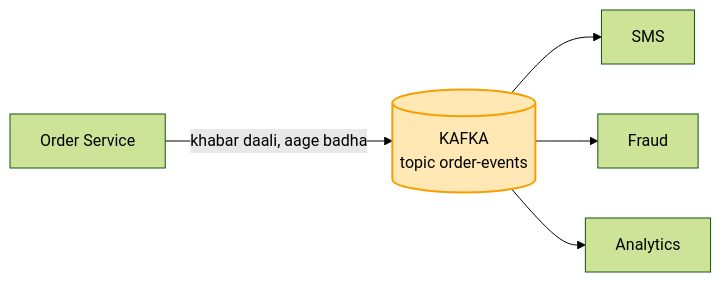
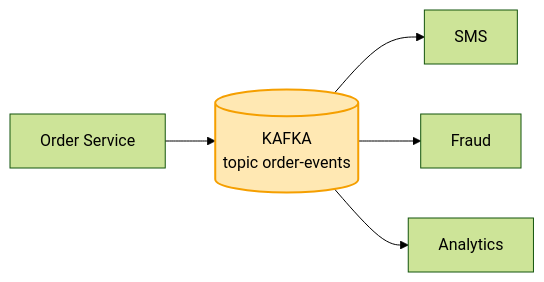
The second of 8 diagrams in 04_HLD/SYSTEM_DESIGNS/12_message_queue_kafka/KAFKA_HAND_NOTES.md (ArpanMaheshwari144/Prep), drawn with Mermaid (forest theme) before and after one commit. The commit also changed other lines of this file and 1 other file, not shown here.

Commit message:
HLD kafka: notes dobara (chhoti kahani lines) + 3 cross-Q dono file me (lag 7 din, min.insync pe order, SMS company band = breaker) + diagram saaf

````diff
--- a/04_HLD/SYSTEM_DESIGNS/12_message_queue_kafka/KAFKA_HAND_NOTES.md
+++ b/04_HLD/SYSTEM_DESIGNS/12_message_queue_kafka/KAFKA_HAND_NOTES.md
@@ -41,8 +38,8 @@
 ```mermaid
 flowchart LR
-    O["Order Service"] -- "khabar daali, aage badha" --> T[("KAFKA<br/>topic order-events")]
+    O["Order Service"] --> T[("KAFKA<br/>topic order-events")]
     T --> S["SMS"]
     T --> F["Fraud"]
     T --> A["Analytics"]
     style T fill:#ffe8b3,stroke:#f59f00,stroke-width:2px,color:#000
 ```
````
